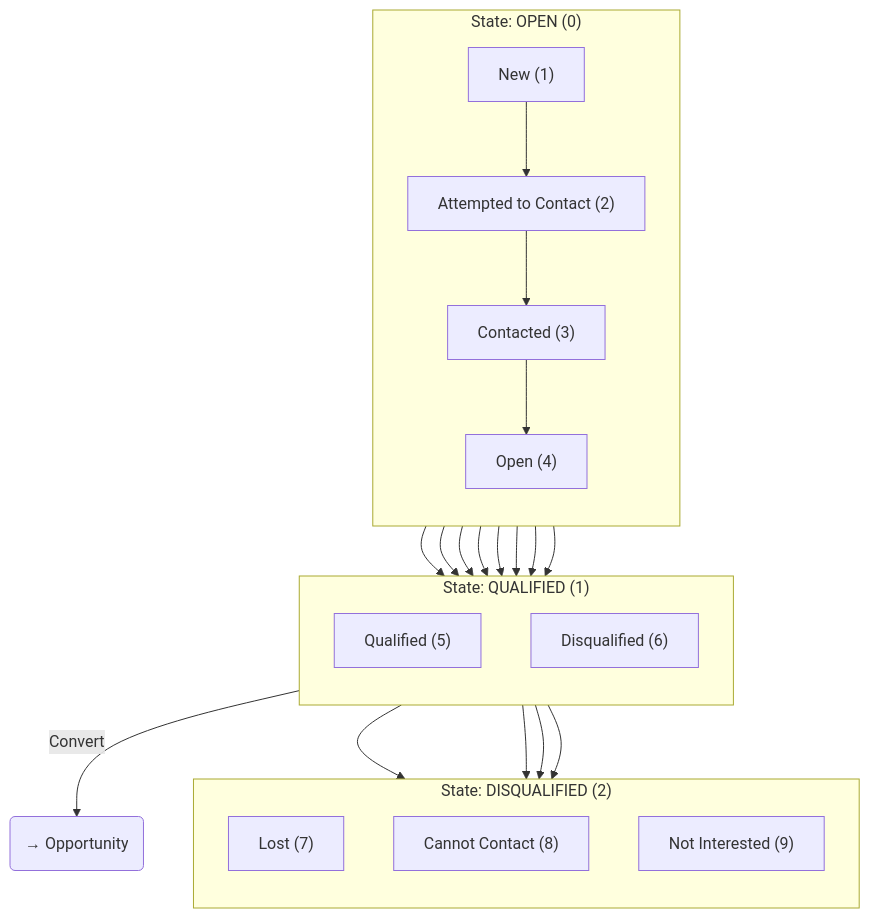
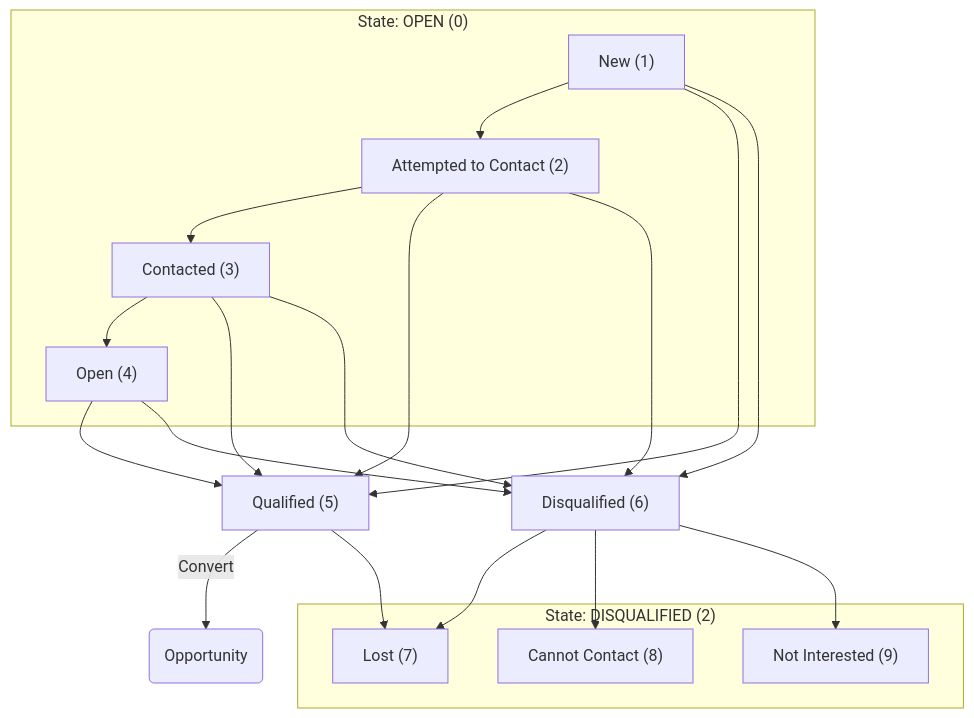
The sixth of 15 diagrams in D365_Mermaid_Diagrams.md (JohnDevaSahayam/Dynamic-365-Database-Documentation), drawn with Mermaid before and after one commit. The commit also changed other lines of this file, not shown here.

Commit message:
mermaid diagram docment changes

````diff
--- a/D365_Mermaid_Diagrams.md
+++ b/D365_Mermaid_Diagrams.md
@@ -1095,51 +884,48 @@
 ```mermaid
 flowchart TD
-    %% ==================== LEAD STATE TRANSITIONS ====================
+    %% LEAD STATE TRANSITIONS
     
     subgraph OPEN["State: OPEN (0)"]
-        direction TB
         NEW["New (1)"]
         ATTEMPTED["Attempted to Contact (2)"]
         CONTACTED["Contacted (3)"]
         OPEN_LEAD["Open (4)"]
     end
     
-    subgraph QUALIFIED["State: QUALIFIED (1)"]
-        direction TB
-        QUALIFIED_LEAD["Qualified (5)"]
-        DISQUALIFIED["Disqualified (6)"]
-    end
+    QUALIFIED_LEAD["Qualified (5)"]
+    DISQUALIFIED["Disqualified (6)"]
     
     subgraph DISQUALIFIED_STATE["State: DISQUALIFIED (2)"]
-        direction TB
         LOST["Lost (7)"]
         CANNOT_CONTACT["Cannot Contact (8)"]
         NOT_INTERESTED["Not Interested (9)"]
     end
+    
+    OPPORTUNITY("Opportunity")
     
     %% Transitions
     NEW --> ATTEMPTED
     ATTEMPTED --> CONTACTED
     CONTACTED --> OPEN_LEAD
     
     NEW --> QUALIFIED_LEAD
     ATTEMPTED --> QUALIFIED_LEAD
     CONTACTED --> QUALIFIED_LEAD
     OPEN_LEAD --> QUALIFIED_LEAD
     
     NEW --> DISQUALIFIED
     ATTEMPTED --> DISQUALIFIED
     CONTACTED --> DISQUALIFIED
     OPEN_LEAD --> DISQUALIFIED
     
-    QUALIFIED_LEAD -->|Convert| OPPORTUNITY("→ Opportunity")
+    QUALIFIED_LEAD -->|Convert| OPPORTUNITY
     DISQUALIFIED --> LOST
     DISQUALIFIED --> CANNOT_CONTACT
     DISQUALIFIED --> NOT_INTERESTED
     
     QUALIFIED_LEAD --> LOST
     
     class NEW,ATTEMPTED,CONTACTED,OPEN_LEAD fill:#e3f2fd,stroke:#1565c0
     class QUALIFIED_LEAD,DISQUALIFIED fill:#c8e6c9,stroke:#2e7d32
     class LOST,CANNOT_CONTACT,NOT_INTERESTED fill:#ffcdd2,stroke:#c62828
 ```
````
